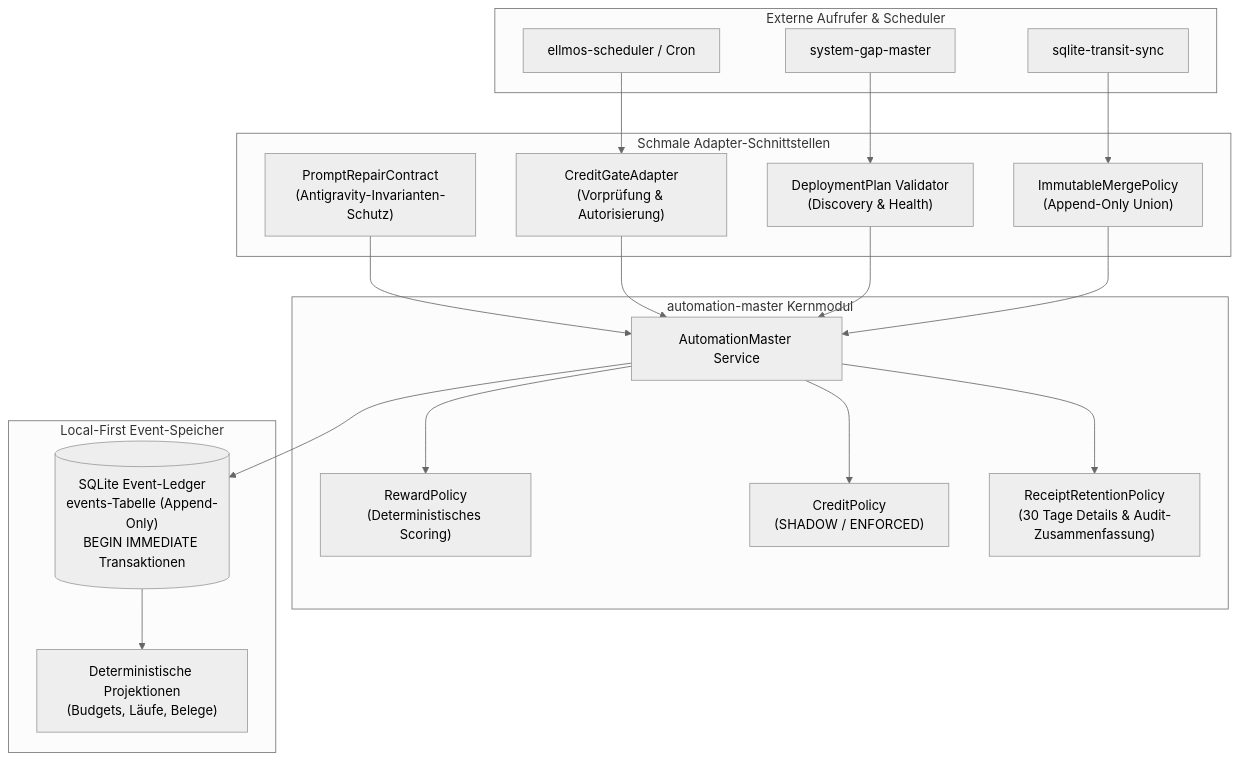
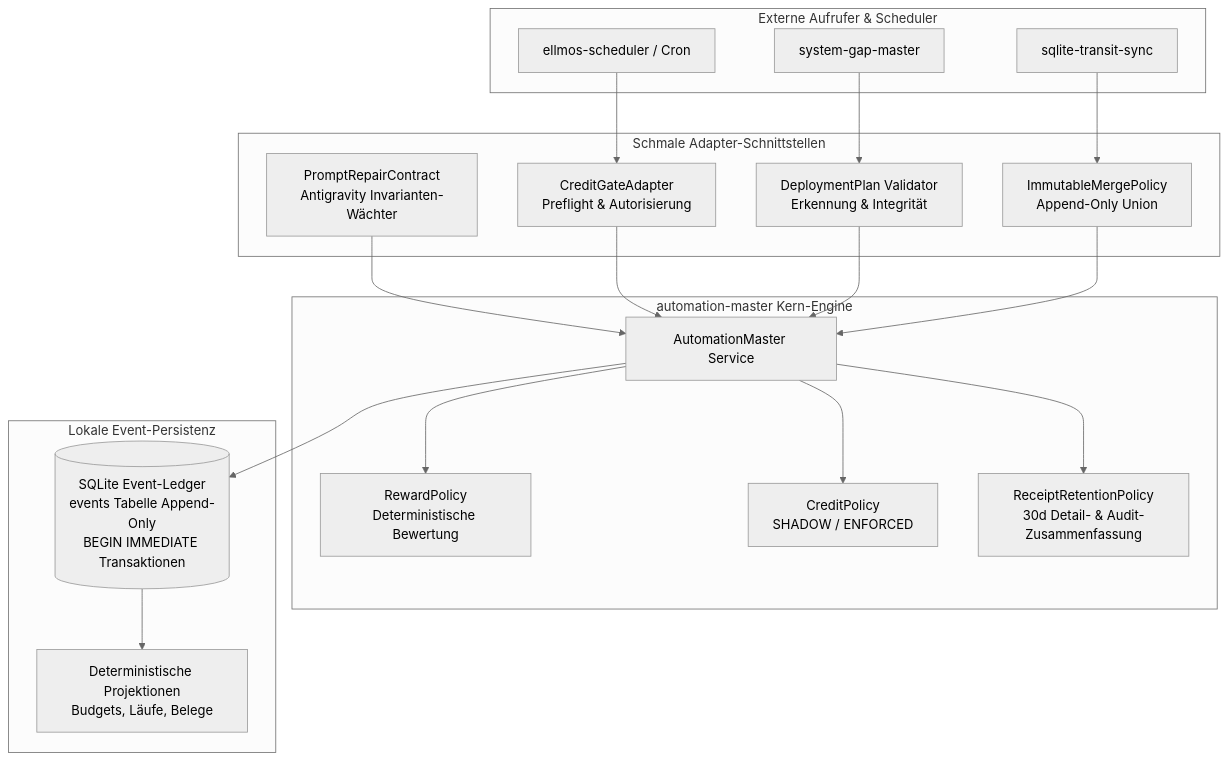
One commit to dev-bricks/automation-master changed the first of 3 diagrams in README_de.md. Above: the diagram before and after it, drawn with Mermaid (neutral theme). The commit also changed other lines of this file and 10 other files, not shown here.

````diff
--- a/README_de.md
+++ b/README_de.md
@@ -63,42 +64,42 @@
 ```mermaid
-graph TD
+flowchart TD
     subgraph ExternalClients ["Externe Aufrufer & Scheduler"]
         SCHED["ellmos-scheduler / Cron"]
         GAP["system-gap-master"]
         TRANSIT["sqlite-transit-sync"]
     end
 
     subgraph Adapters ["Schmale Adapter-Schnittstellen"]
-        GATE["CreditGateAdapter<br/>(Vorprüfung & Autorisierung)"]
-        DEP["DeploymentPlan Validator<br/>(Discovery & Health)"]
-        SYNC["ImmutableMergePolicy<br/>(Append-Only Union)"]
-        PROMPT["PromptRepairContract<br/>(Antigravity-Invarianten-Schutz)"]
+        GATE["CreditGateAdapter<br/>Preflight & Autorisierung"]
+        DEP["DeploymentPlan Validator<br/>Erkennung & Integrität"]
+        SYNC["ImmutableMergePolicy<br/>Append-Only Union"]
+        PROMPT["PromptRepairContract<br/>Antigravity Invarianten-Wächter"]
     end
 
-    subgraph CoreEngine ["automation-master Kernmodul"]
+    subgraph CoreEngine ["automation-master Kern-Engine"]
         SVC["AutomationMaster Service"]
-        POLICY["RewardPolicy<br/>(Deterministisches Scoring)"]
-        CREDIT["CreditPolicy<br/>(SHADOW / ENFORCED)"]
-        RETENTION["ReceiptRetentionPolicy<br/>(30 Tage Details & Audit-Zusammenfassung)"]
+        POLICY["RewardPolicy<br/>Deterministische Bewertung"]
+        CREDIT["CreditPolicy<br/>SHADOW / ENFORCED"]
+        RETENTION["ReceiptRetentionPolicy<br/>30d Detail- & Audit-Zusammenfassung"]
     end
 
-    subgraph Storage ["Local-First Event-Speicher"]
-        LEDGER[("SQLite Event-Ledger<br/>events-Tabelle (Append-Only)<br/>BEGIN IMMEDIATE Transaktionen")]
-        PROJ["Deterministische Projektionen<br/>(Budgets, Läufe, Belege)"]
+    subgraph Storage ["Lokale Event-Persistenz"]
+        LEDGER[("SQLite Event-Ledger<br/>events Tabelle Append-Only<br/>BEGIN IMMEDIATE Transaktionen")]
+        PROJ["Deterministische Projektionen<br/>Budgets, Läufe, Belege"]
     end
 
     SCHED --> GATE
     GAP --> DEP
     TRANSIT --> SYNC
     PROMPT --> SVC
 
     GATE --> SVC
     DEP --> SVC
     SYNC --> SVC
 
     SVC --> POLICY
     SVC --> CREDIT
     SVC --> RETENTION
     SVC --> LEDGER
     LEDGER --> PROJ
 ```
````
